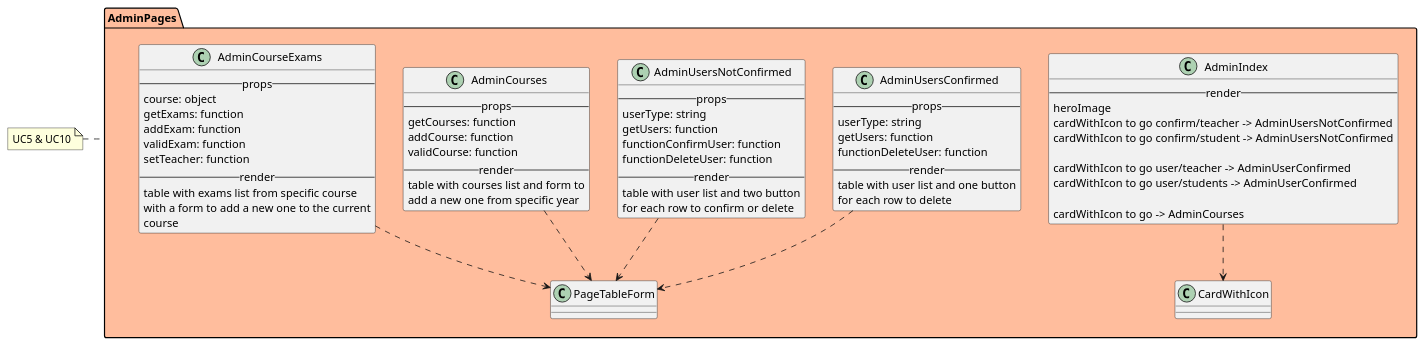
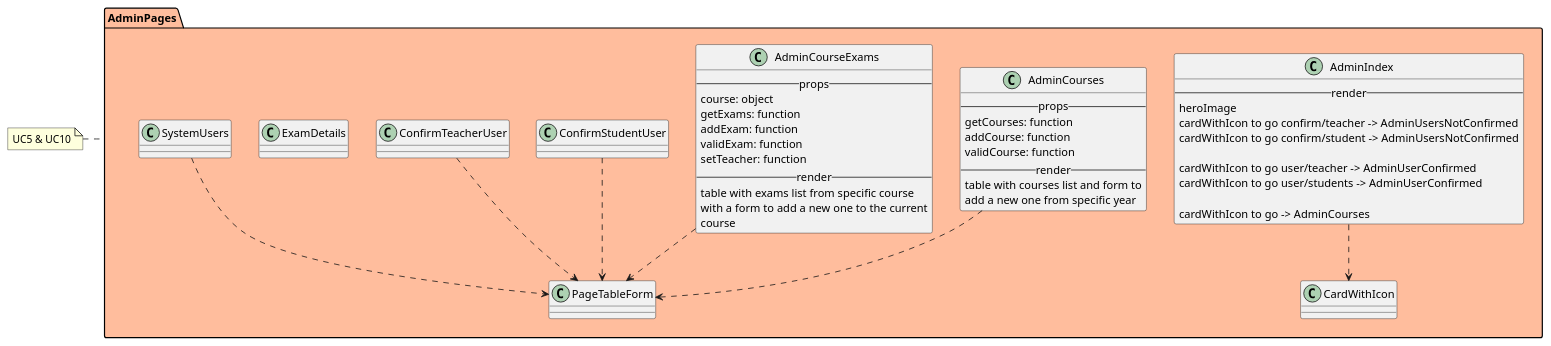
The diagram in react/admin/index.iuml (M9k/Marvin-Uml), drawn with PlantUML before and after one commit. The commit also changed 20 other files, not shown here.

```diff
--- a/react/admin/index.iuml
+++ b/react/admin/index.iuml
@@ -1,67 +1,59 @@
 package AdminPages #FFBD9D {
 
 class AdminIndex{
 --render--
     heroImage
     cardWithIcon to go confirm/teacher -> AdminUsersNotConfirmed
     cardWithIcon to go confirm/student -> AdminUsersNotConfirmed
 
     cardWithIcon to go user/teacher -> AdminUserConfirmed
     cardWithIcon to go user/students -> AdminUserConfirmed
 
     cardWithIcon to go -> AdminCourses
 }
 AdminIndex ..> CardWithIcon
-
-class AdminUsersConfirmed{
-    --props--
-        userType: string
-        getUsers: function
-        functionDeleteUser: function
-    --render--
-        table with user list and one button
-        for each row to delete
-}
-AdminUsersConfirmed ..> PageTableForm
-
-
-class AdminUsersNotConfirmed{
-    --props--
-        userType: string
-        getUsers: function
-        functionConfirmUser: function
-        functionDeleteUser: function
-    --render--
-        table with user list and two button
-        for each row to confirm or delete
-}
-AdminUsersNotConfirmed ..> PageTableForm
 
 class AdminCourses{
     --props--
         getCourses: function
         addCourse: function
         validCourse: function
     --render--
         table with courses list and form to
         add a new one from specific year
 }
 AdminCourses ..> PageTableForm
 
 class AdminCourseExams{
     --props--
         course: object
         getExams: function
         addExam: function
         validExam: function
         setTeacher: function
     --render--
         table with exams list from specific course
         with a form to add a new one to the current
         course
 }
 AdminCourseExams ..> PageTableForm
 
+class ConfirmStudentUser{
+}
+ConfirmStudentUser ..> PageTableForm
+
+class ConfirmTeacherUser{
+}
+ConfirmTeacherUser ..> PageTableForm
+
+class ExamDetails{
+}
+
+class SystemUsers{
+}
+SystemUsers ..> PageTableForm
+
+
 }
 
 note left of AdminPages: UC5 & UC10
```
